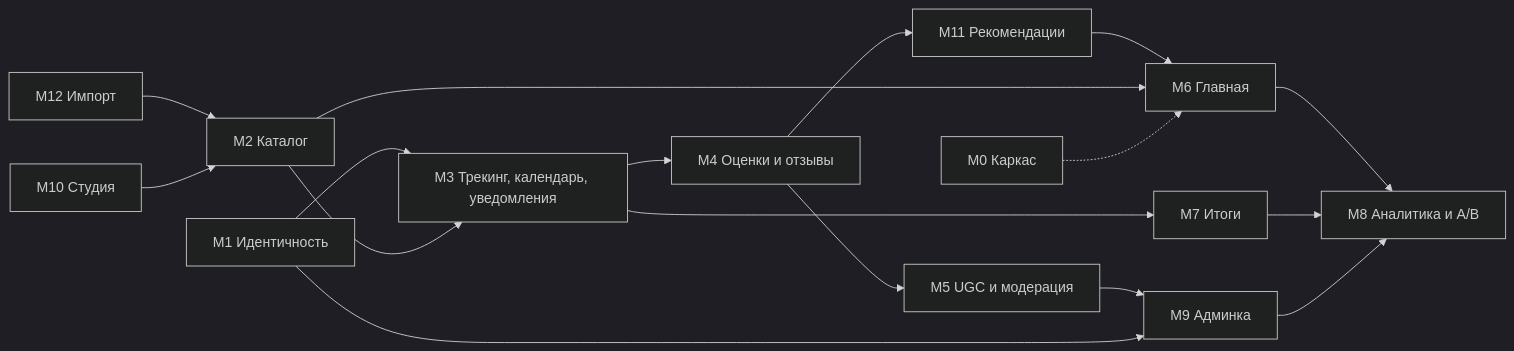
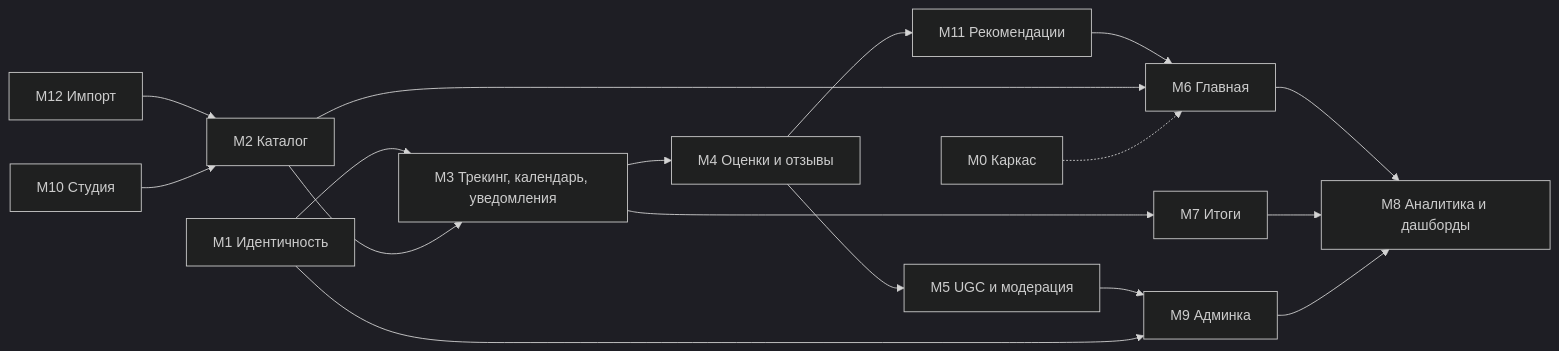
The diagram in docs/01-product/MODULES.md (dimassaa/SigmaSeries), drawn with Mermaid (dark theme) before and after one commit. The commit also changed other lines of this file and 11 other files, not shown here.

````diff
--- a/docs/01-product/MODULES.md
+++ b/docs/01-product/MODULES.md
@@ -7,19 +7,19 @@
 ```mermaid
 flowchart LR
   M12["M12 Импорт"] --> M2["M2 Каталог"]
   M10["M10 Студия"] --> M2
   M1["M1 Идентичность"] --> M3["M3 Трекинг, календарь, уведомления"]
   M2 --> M3
   M3 --> M4["M4 Оценки и отзывы"]
   M4 --> M5["M5 UGC и модерация"]
   M3 --> M7["M7 Итоги"]
   M4 --> M11["M11 Рекомендации"]
   M11 --> M6["M6 Главная"]
   M2 --> M6
   M5 --> M9["M9 Админка"]
   M1 --> M9
   M0["M0 Каркас"] -.-> M6
-  M6 --> M8["M8 Аналитика и A/B"]
+  M6 --> M8["M8 Аналитика и дашборды"]
   M7 --> M8
   M9 --> M8
 ```
````
